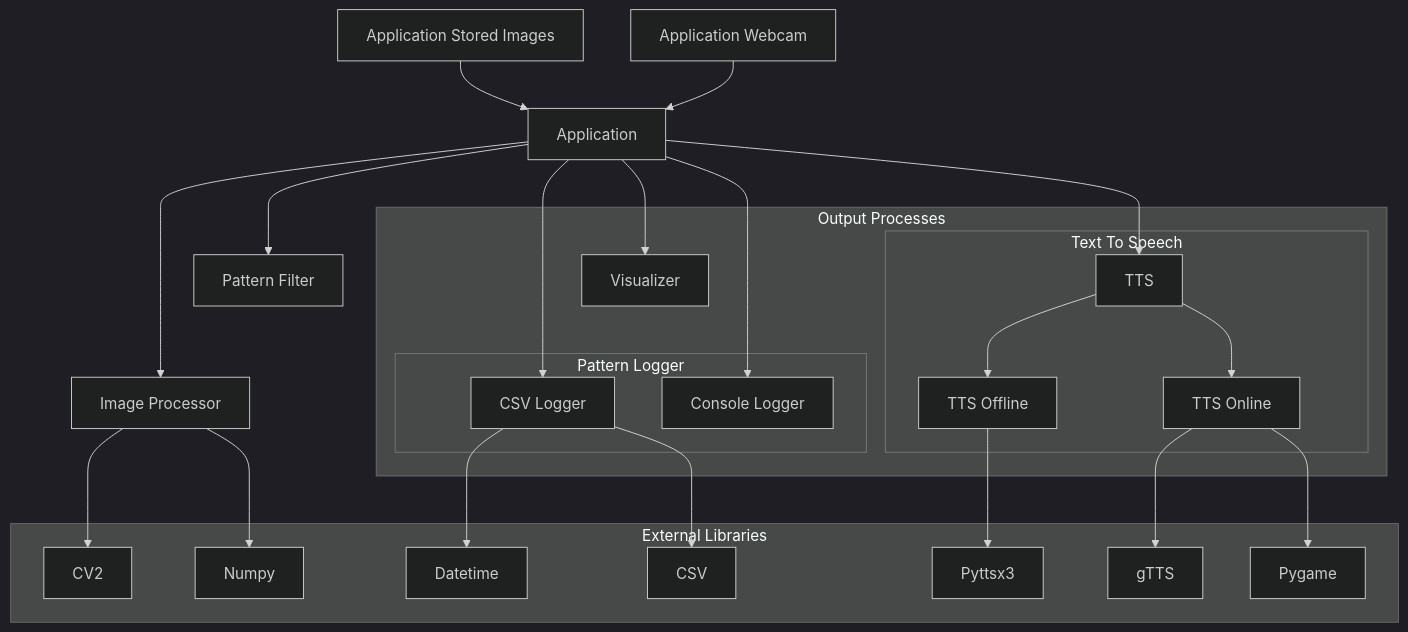
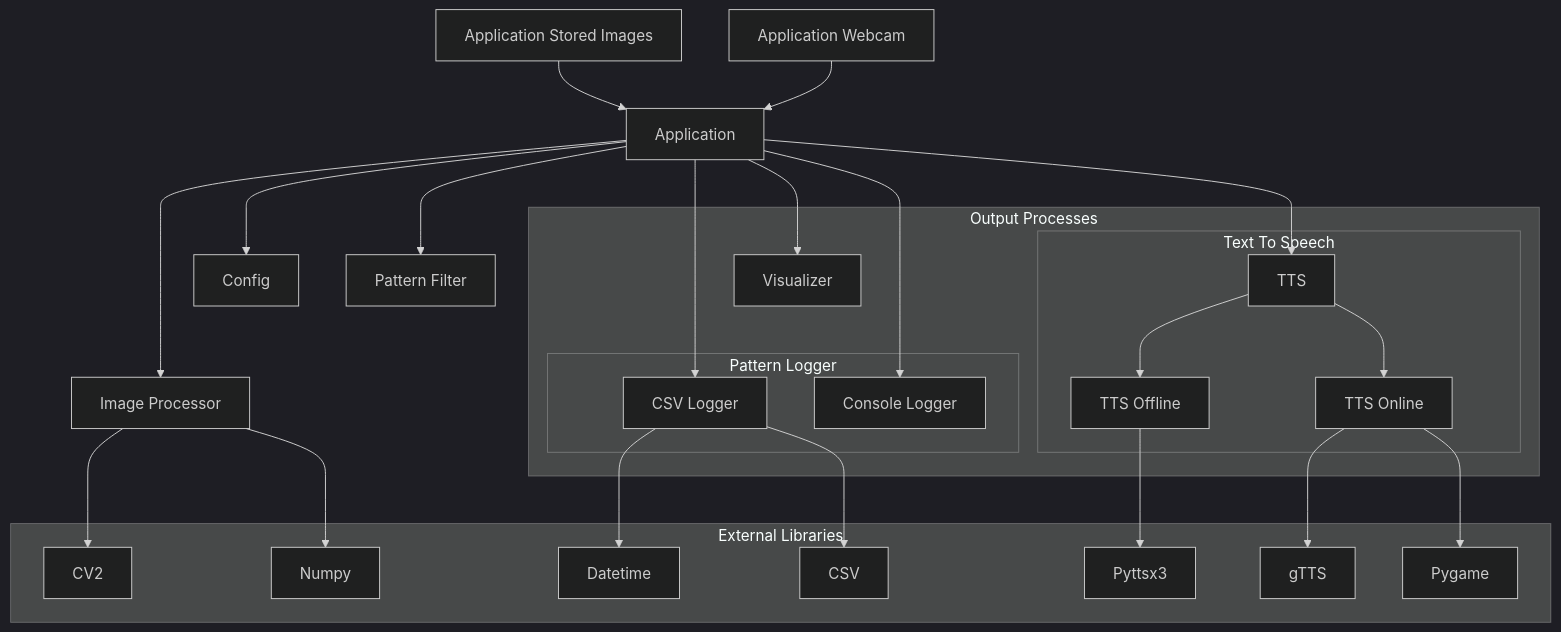
The first of 2 diagrams in README.md (rursprung/fhgr-sweng-pattern-recognition), drawn with Mermaid (dark theme) before and after one commit. The commit also changed other lines of this file and 5 other files, not shown here.

````diff
--- a/README.md
+++ b/README.md
@@ -53,55 +63,57 @@
 ```mermaid
     graph TD
         
           subgraph Output Processes
             
             VIS
             
             subgraph Text To Speech 
               TTS --> TTS_ON[TTS Online]
               TTS --> TTS_OFF[TTS Offline]  
             end
             
             subgraph Pattern Logger 
                 CSV_L[CSV Logger]
                 CSL[Console Logger]
             end
           end
           
           subgraph External Libraries
               CV2
               Numpy
               Datetime
               CSV
               Pyttsx3
               gTTS
               Pygame
           end
           
           APP_IMG --> APP
           APP_WEB --> APP
           
+          APP --> Config
+          
           APP --> IP --> CV2
           IP --> Numpy
           
           APP --> PF
           
           APP --> CSV_L
           CSV_L --> Datetime
           CSV_L --> CSV
           APP --> CSL
           
           APP --> TTS
           TTS_OFF --> Pyttsx3
           TTS_ON --> Pygame
           TTS_ON --> gTTS
           
           APP --> VIS
           
           APP[Application]
           APP_WEB[Application Webcam]
           APP_IMG[Application Stored Images]
           PF[Pattern Filter]
           VIS[Visualizer]
           IP[Image Processor]
 ```
````
